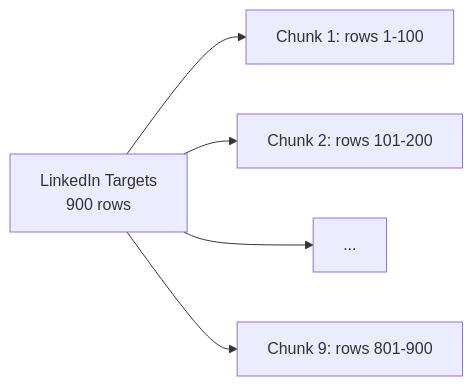
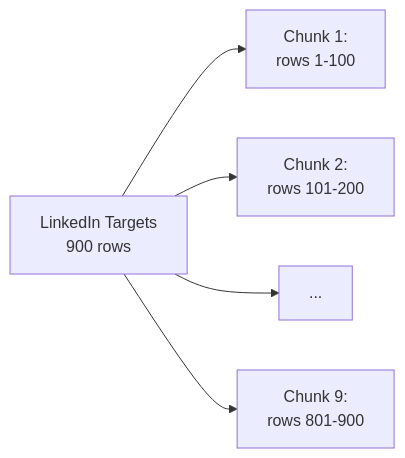
The third of 7 diagrams in _pages/tab1_research/1.1collect/scraping_linkedin.md (ZhouLinli/ZhouLinli.github.io), drawn with Mermaid before and after one commit. The commit also changed other lines of this file and 30 other files, not shown here.

````diff
--- a/_pages/tab1_research/1.1collect/scraping_linkedin.md
+++ b/_pages/tab1_research/1.1collect/scraping_linkedin.md
@@ -75,7 +91,7 @@
 ```mermaid
 flowchart LR
-    A[LinkedIn Targets<br/>900 rows] --> B[Chunk 1: rows 1-100]
-    A --> C[Chunk 2: rows 101-200]
+    A[LinkedIn Targets<br/>900 rows] --> B[Chunk 1:<br/>rows 1-100]
+    A --> C[Chunk 2:<br/>rows 101-200]
     A --> D[...]
-    A --> E[Chunk 9: rows 801-900]
+    A --> E[Chunk 9:<br/>rows 801-900]
 ```
````
